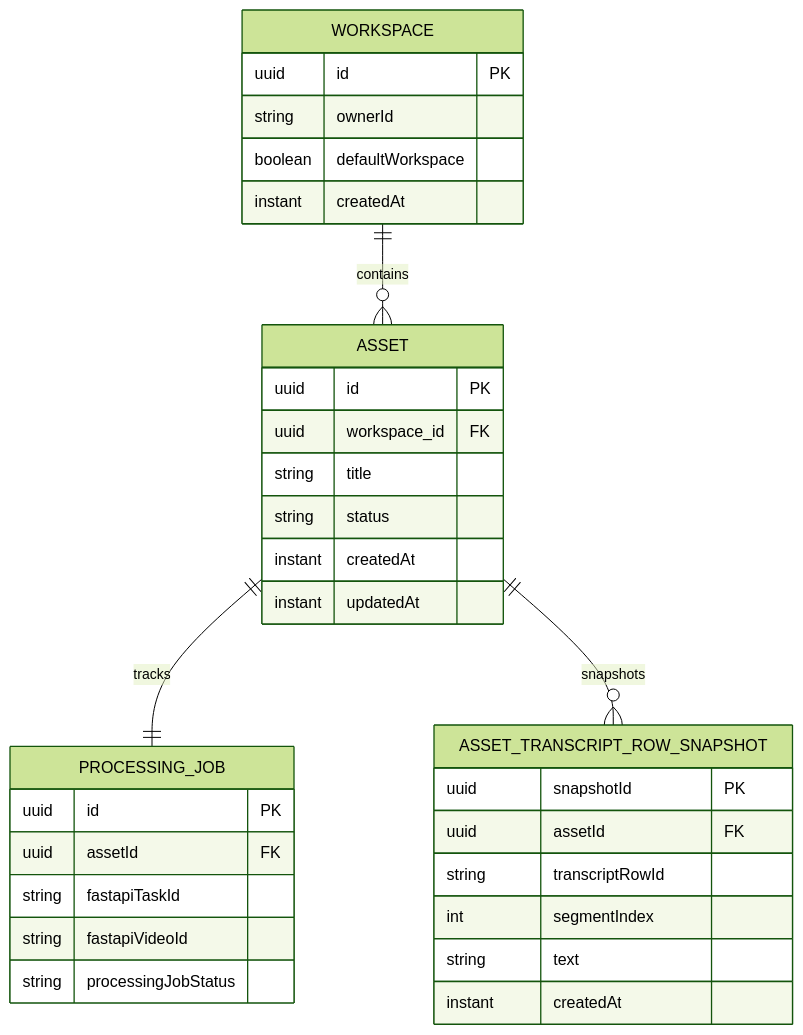
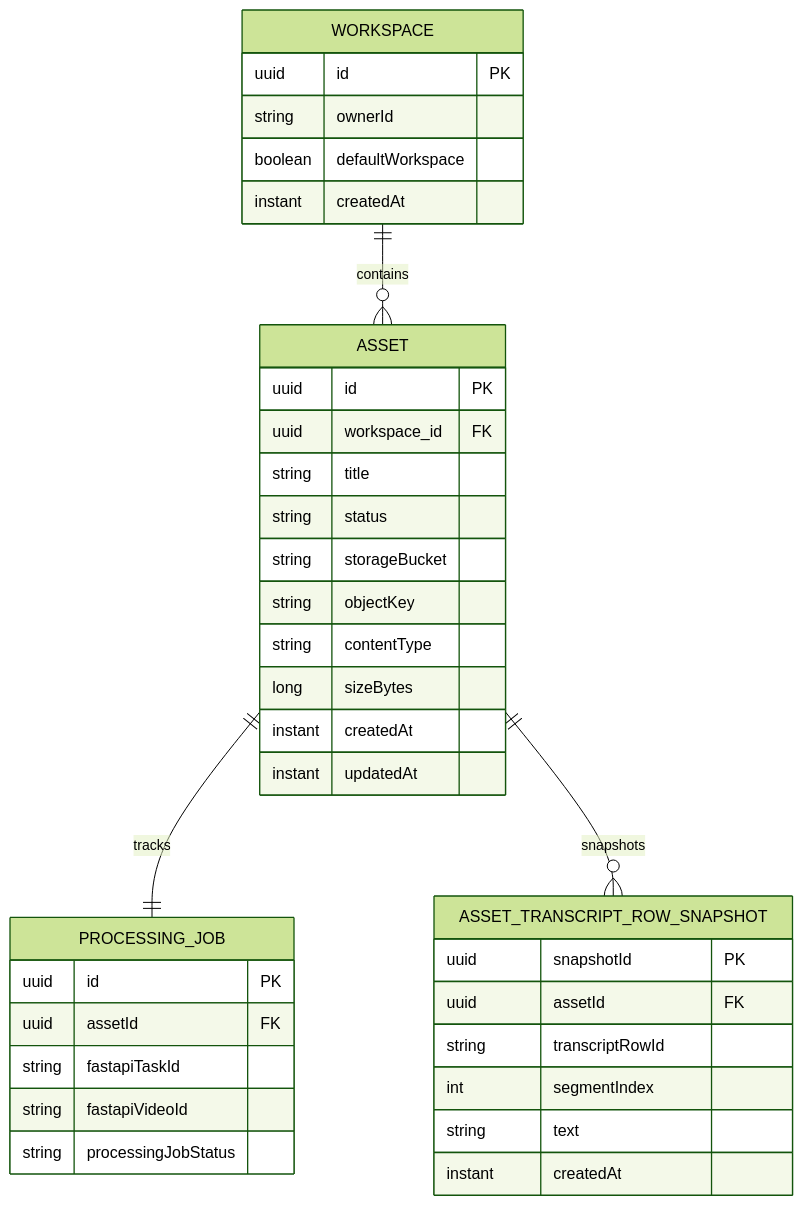
The first of 2 diagrams in docs/data/Database.md (quangducnguyen1205/ai-knowledge-workspace), drawn with Mermaid (forest theme) before and after one commit. The commit also changed other lines of this file and 31 other files, not shown here.

````diff
--- a/docs/data/Database.md
+++ b/docs/data/Database.md
@@ -37,39 +38,43 @@
 ```mermaid
 erDiagram
     WORKSPACE ||--o{ ASSET : contains
     ASSET ||--|| PROCESSING_JOB : tracks
     ASSET ||--o{ ASSET_TRANSCRIPT_ROW_SNAPSHOT : snapshots
 
     WORKSPACE {
         uuid id PK
         string ownerId
         boolean defaultWorkspace
         instant createdAt
     }
 
     ASSET {
         uuid id PK
         uuid workspace_id FK
         string title
         string status
+        string storageBucket
+        string objectKey
+        string contentType
+        long sizeBytes
         instant createdAt
         instant updatedAt
     }
 
     PROCESSING_JOB {
         uuid id PK
         uuid assetId FK
         string fastapiTaskId
         string fastapiVideoId
         string processingJobStatus
     }
 
     ASSET_TRANSCRIPT_ROW_SNAPSHOT {
         uuid snapshotId PK
         uuid assetId FK
         string transcriptRowId
         int segmentIndex
         string text
         instant createdAt
     }
 ```
````
